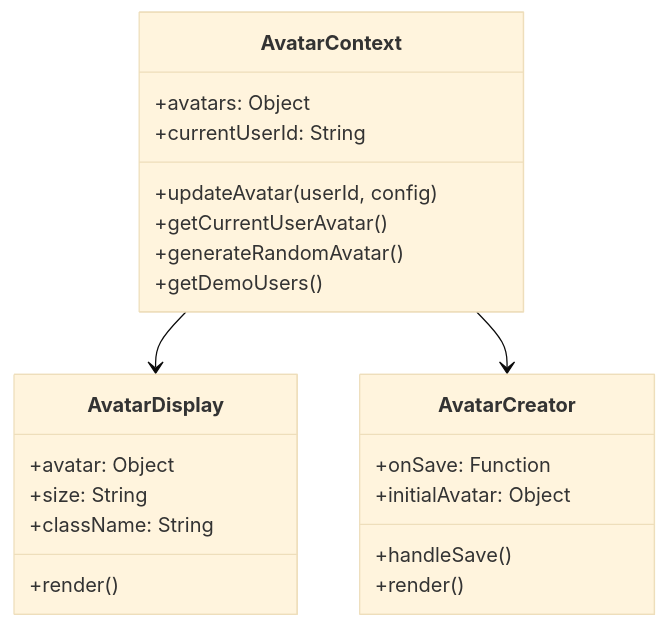
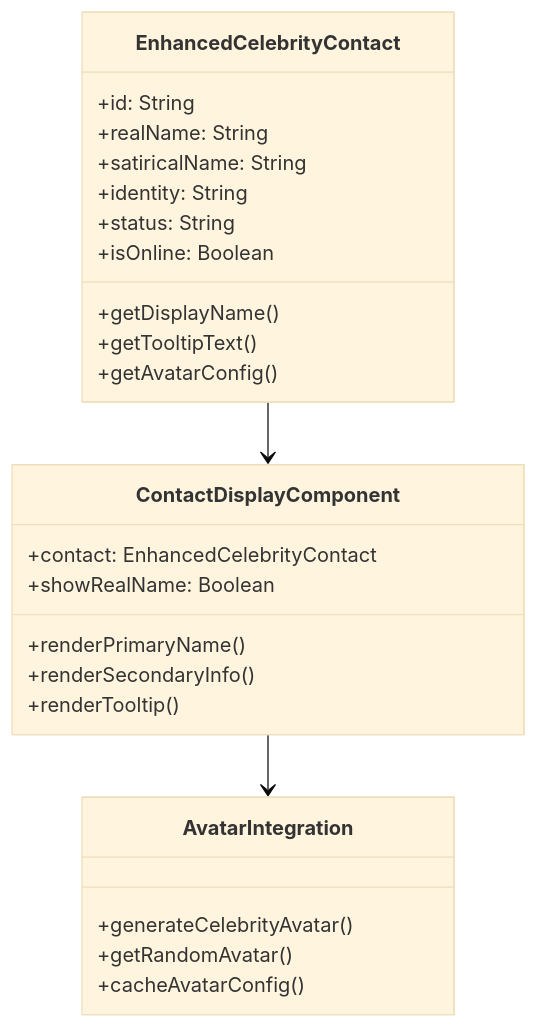
Before and after one commit to didier3529/facecrook: the fourth of 6 diagrams in FACECROOK_REPOSITORY_ANALYSIS.md, drawn with Mermaid (base theme). The commit also changed other lines of this file and 208 other files, not shown here.

````diff
--- a/FACECROOK_REPOSITORY_ANALYSIS.md
+++ b/FACECROOK_REPOSITORY_ANALYSIS.md
@@ -479,28 +603,31 @@
 ```mermaid
 classDiagram
-    class AvatarContext {
-        +avatars: Object
-        +currentUserId: String
-        +updateAvatar(userId, config)
-        +getCurrentUserAvatar()
-        +generateRandomAvatar()
-        +getDemoUsers()
+    class EnhancedCelebrityContact {
+        +id: String
+        +realName: String
+        +satiricalName: String
+        +identity: String
+        +status: String
+        +isOnline: Boolean
+        +getDisplayName()
+        +getTooltipText()
+        +getAvatarConfig()
     }
     
-    class AvatarDisplay {
-        +avatar: Object
-        +size: String
-        +className: String
-        +render()
+    class ContactDisplayComponent {
+        +contact: EnhancedCelebrityContact
+        +showRealName: Boolean
+        +renderPrimaryName()
+        +renderSecondaryInfo()
+        +renderTooltip()
     }
     
-    class AvatarCreator {
-        +onSave: Function
-        +initialAvatar: Object
-        +handleSave()
-        +render()
+    class AvatarIntegration {
+        +generateCelebrityAvatar()
+        +getRandomAvatar()
+        +cacheAvatarConfig()
     }
     
-    AvatarContext --> AvatarDisplay
-    AvatarContext --> AvatarCreator
+    EnhancedCelebrityContact --> ContactDisplayComponent
+    ContactDisplayComponent --> AvatarIntegration
 ```
````
